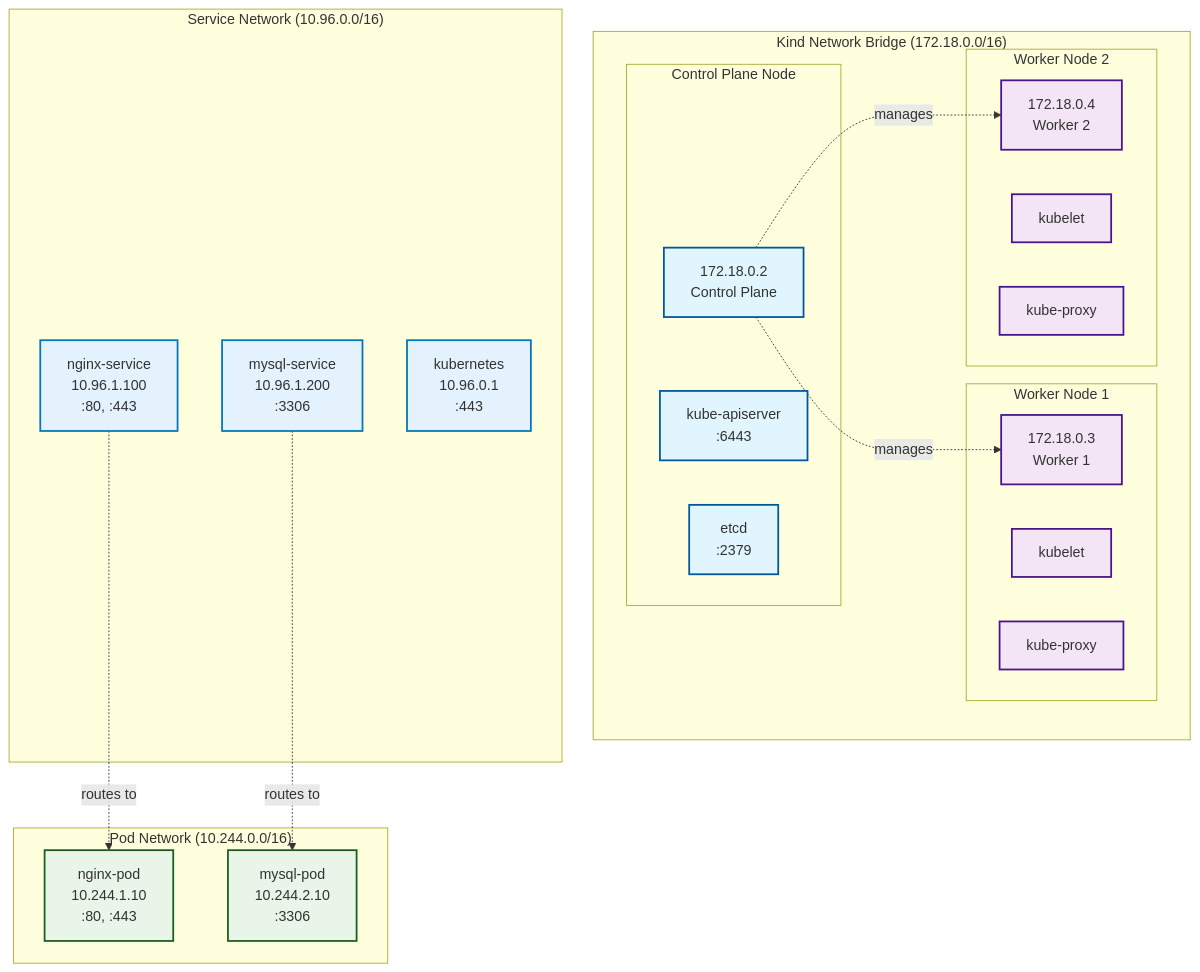
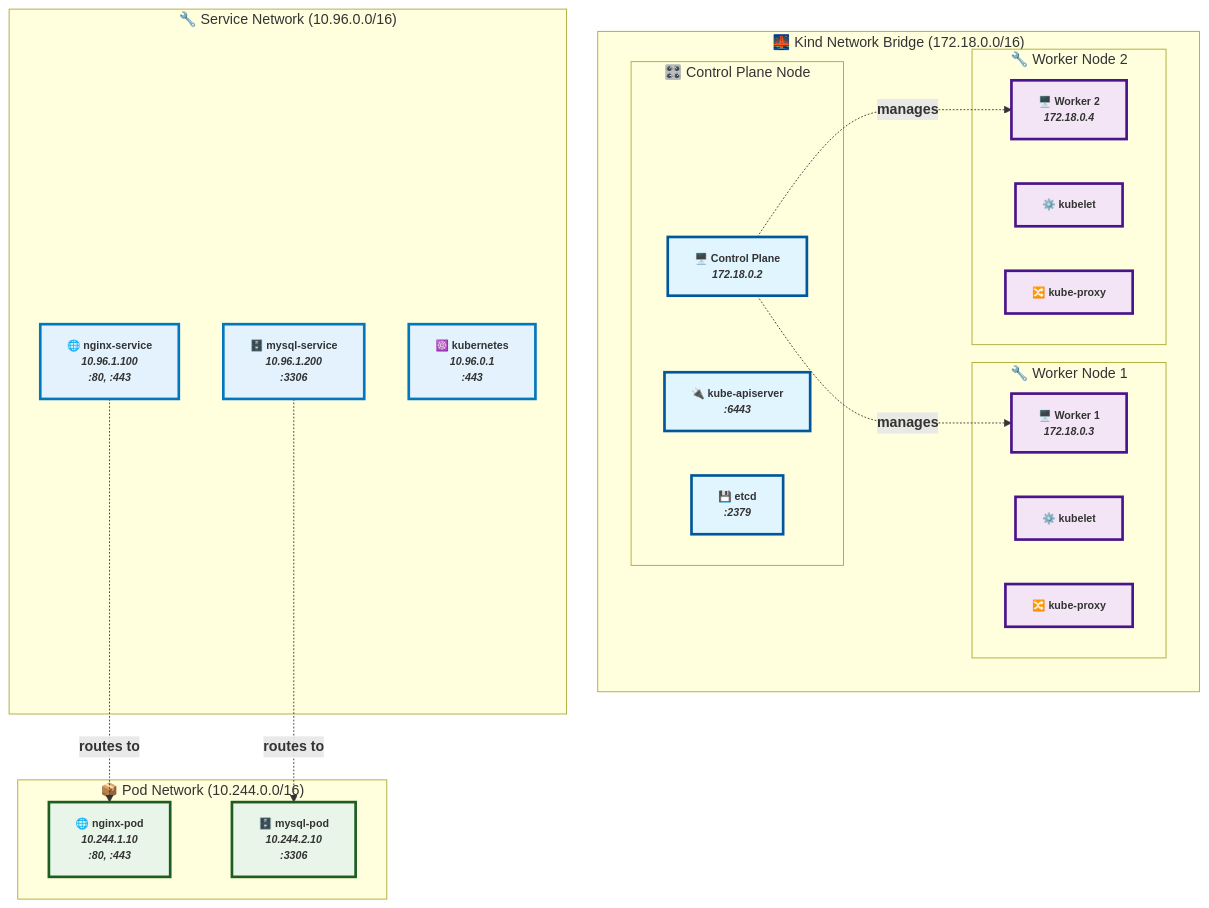
Before and after one commit to msreekanth02/kind-kubernetes-cluster-manager: the sixth of 12 diagrams in ARCHITECTURE.md, drawn with Mermaid. The commit also changed other lines of this file, not shown here.

First line of the commit message:
Complete rewrite of ARCHITECTURE.md with proper Mermaid diagrams

````diff
--- a/ARCHITECTURE.md
+++ b/ARCHITECTURE.md
@@ -413,52 +419,52 @@
 ```mermaid
 graph TB
-    subgraph "Kind Network Bridge (172.18.0.0/16)"
-        subgraph "Control Plane Node"
-            CP[172.18.0.2<br/>Control Plane]
-            API_SRV[kube-apiserver<br/>:6443]
-            ETCD_SRV[etcd<br/>:2379]
+    subgraph KindNetwork["🌉 Kind Network Bridge (172.18.0.0/16)"]
+        subgraph ControlPlane["🎛️ Control Plane Node"]
+            CP["<b>🖥️ Control Plane</b><br/><i>172.18.0.2</i>"]
+            API_SRV["<b>🔌 kube-apiserver</b><br/><i>:6443</i>"]
+            ETCD_SRV["<b>💾 etcd</b><br/><i>:2379</i>"]
         end
         
-        subgraph "Worker Node 1"
-            W1[172.18.0.3<br/>Worker 1]
-            W1_KUBELET[kubelet]
-            W1_PROXY[kube-proxy]
+        subgraph Worker1["🔧 Worker Node 1"]
+            W1["<b>🖥️ Worker 1</b><br/><i>172.18.0.3</i>"]
+            W1_KUBELET["<b>⚙️ kubelet</b>"]
+            W1_PROXY["<b>🔀 kube-proxy</b>"]
         end
         
-        subgraph "Worker Node 2"
-            W2[172.18.0.4<br/>Worker 2]
-            W2_KUBELET[kubelet]
-            W2_PROXY[kube-proxy]
+        subgraph Worker2["🔧 Worker Node 2"]
+            W2["<b>🖥️ Worker 2</b><br/><i>172.18.0.4</i>"]
+            W2_KUBELET["<b>⚙️ kubelet</b>"]
+            W2_PROXY["<b>🔀 kube-proxy</b>"]
         end
     end
     
-    subgraph "Service Network (10.96.0.0/16)"
-        NGINX_SVC[nginx-service<br/>10.96.1.100<br/>:80, :443]
-        MYSQL_SVC[mysql-service<br/>10.96.1.200<br/>:3306]
-        K8S_SVC[kubernetes<br/>10.96.0.1<br/>:443]
+    subgraph ServiceNetwork["🔧 Service Network (10.96.0.0/16)"]
+        NGINX_SVC["<b>🌐 nginx-service</b><br/><i>10.96.1.100</i><br/><i>:80, :443</i>"]
+        MYSQL_SVC["<b>🗄️ mysql-service</b><br/><i>10.96.1.200</i><br/><i>:3306</i>"]
+        K8S_SVC["<b>☸️ kubernetes</b><br/><i>10.96.0.1</i><br/><i>:443</i>"]
     end
     
-    subgraph "Pod Network (10.244.0.0/16)"
-        NGINX_POD[nginx-pod<br/>10.244.1.10<br/>:80, :443]
-        MYSQL_POD[mysql-pod<br/>10.244.2.10<br/>:3306]
+    subgraph PodNetwork["📦 Pod Network (10.244.0.0/16)"]
+        NGINX_POD["<b>🌐 nginx-pod</b><br/><i>10.244.1.10</i><br/><i>:80, :443</i>"]
+        MYSQL_POD["<b>🗄️ mysql-pod</b><br/><i>10.244.2.10</i><br/><i>:3306</i>"]
     end
     
     %% Service to Pod connections
-    NGINX_SVC -.->|routes to| NGINX_POD
-    MYSQL_SVC -.->|routes to| MYSQL_POD
+    NGINX_SVC -.->|"<b>routes to</b>"| NGINX_POD
+    MYSQL_SVC -.->|"<b>routes to</b>"| MYSQL_POD
     
     %% Node connections
-    CP -.->|manages| W1
-    CP -.->|manages| W2
+    CP -.->|"<b>manages</b>"| W1
+    CP -.->|"<b>manages</b>"| W2
     
-    %% Styling
-    classDef controlPlane fill:#e1f5fe,stroke:#01579b,stroke-width:2px
-    classDef worker fill:#f3e5f5,stroke:#4a148c,stroke-width:2px
-    classDef service fill:#e3f2fd,stroke:#0277bd,stroke-width:2px
-    classDef pod fill:#e8f5e8,stroke:#1b5e20,stroke-width:2px
+    %% Styling with bold and proper font sizes
+    classDef controlPlane fill:#e1f5fe,stroke:#01579b,stroke-width:3px,font-size:12px,font-weight:bold
+    classDef worker fill:#f3e5f5,stroke:#4a148c,stroke-width:3px,font-size:12px,font-weight:bold
+    classDef service fill:#e3f2fd,stroke:#0277bd,stroke-width:3px,font-size:12px,font-weight:bold
+    classDef pod fill:#e8f5e8,stroke:#1b5e20,stroke-width:3px,font-size:12px,font-weight:bold
     
     class CP,API_SRV,ETCD_SRV controlPlane
     class W1,W1_KUBELET,W1_PROXY,W2,W2_KUBELET,W2_PROXY worker
     class NGINX_SVC,MYSQL_SVC,K8S_SVC service
     class NGINX_POD,MYSQL_POD pod
 ```
````
